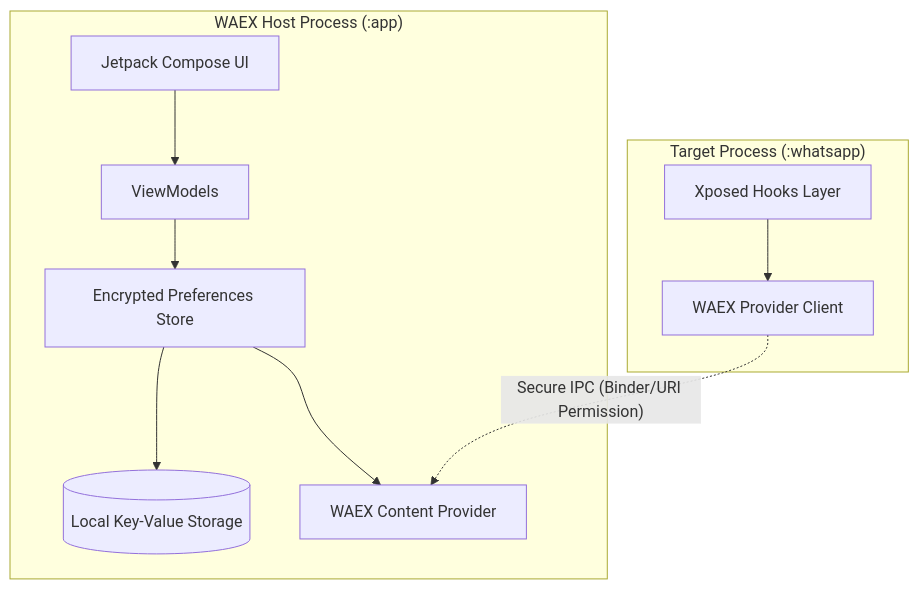
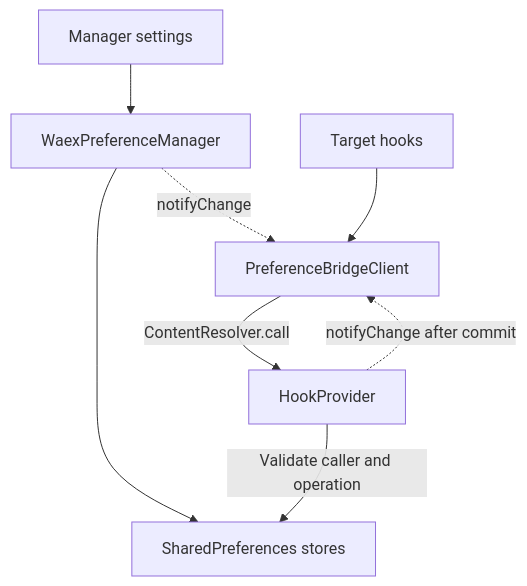
Before and after one commit to TheKillerMax/WaEnhancerX: the diagram in docs/preference-architecture.md, drawn with Mermaid. The commit also changed other lines of this file and 4 other files, not shown here.

````diff
--- a/docs/preference-architecture.md
+++ b/docs/preference-architecture.md
@@ -47,13 +53,10 @@
 ```mermaid
-graph TD
-    subgraph "WAEX Host Process (:app)"
-        UI[Jetpack Compose UI] --> VM[ViewModels]
-        VM --> DS[Encrypted Preferences Store]
-        DS --> DB[(Local Key-Value Storage)]
-        DS --> Provider[WAEX Content Provider]
-    end
-    subgraph "Target Process (:whatsapp)"
-        Hook[Xposed Hooks Layer] --> Client[WAEX Provider Client]
-    end
-    Client -.->|"Secure IPC (Binder/URI Permission)"| Provider
+flowchart TD
+    UI[Manager settings] --> Manager[WaexPreferenceManager]
+    Manager --> Store[SharedPreferences stores]
+    Hooks[Target hooks] --> Client[PreferenceBridgeClient]
+    Client -->|ContentResolver.call| Provider[HookProvider]
+    Provider -->|Validate caller and operation| Store
+    Manager -.->|notifyChange| Client
+    Provider -.->|notifyChange after commit| Client
 ```
````
